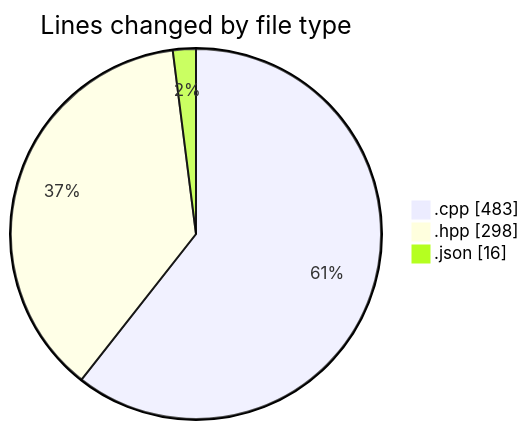
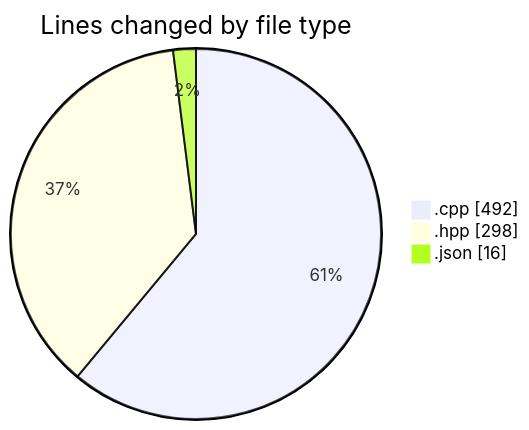
The first of 2 diagrams in 2025-04-25/echo/README.md (Netris89/code-tracking), drawn with Mermaid before and after one commit. The commit also changed other lines of this file and 1 other file, not shown here.

````diff
--- a/2025-04-25/echo/README.md
+++ b/2025-04-25/echo/README.md
@@ -23,7 +23,7 @@
 ```mermaid
 pie showData
 title Lines changed by file type
-".cpp" : 483
+".cpp" : 492
 ".hpp" : 298
 ".json" : 16
 ```
````
